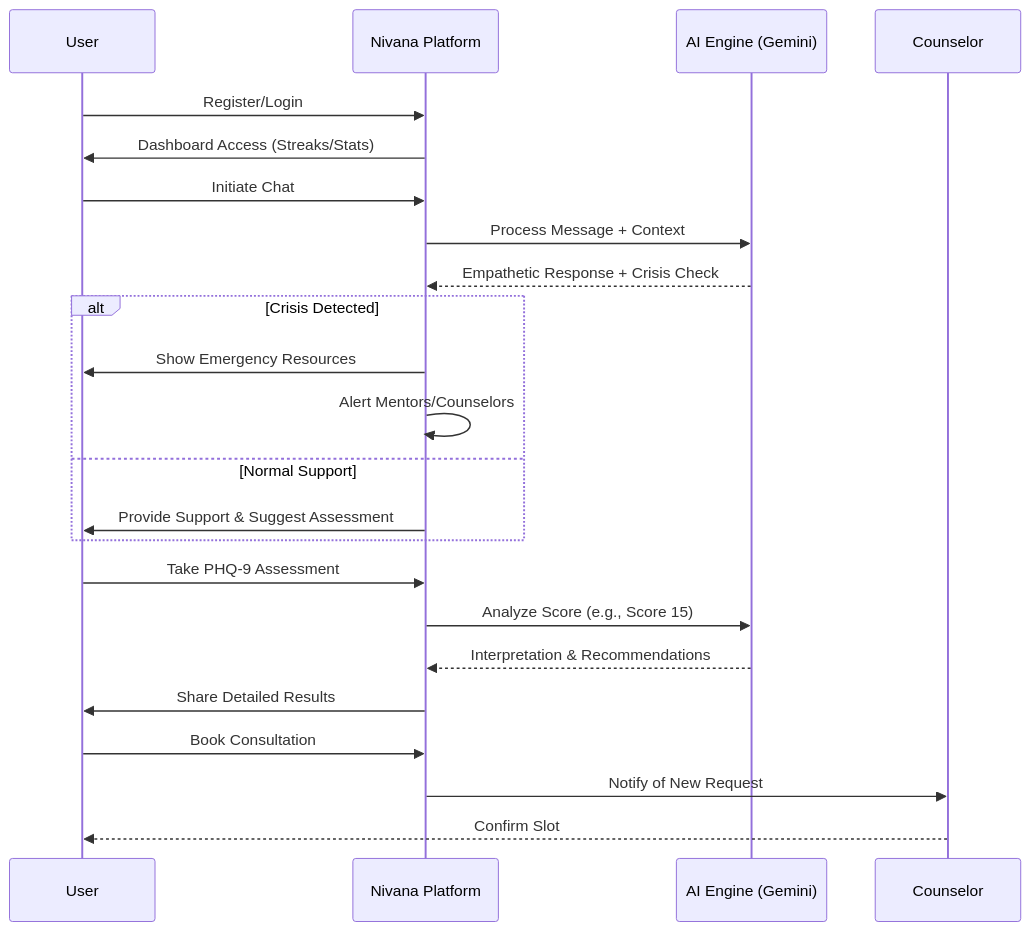
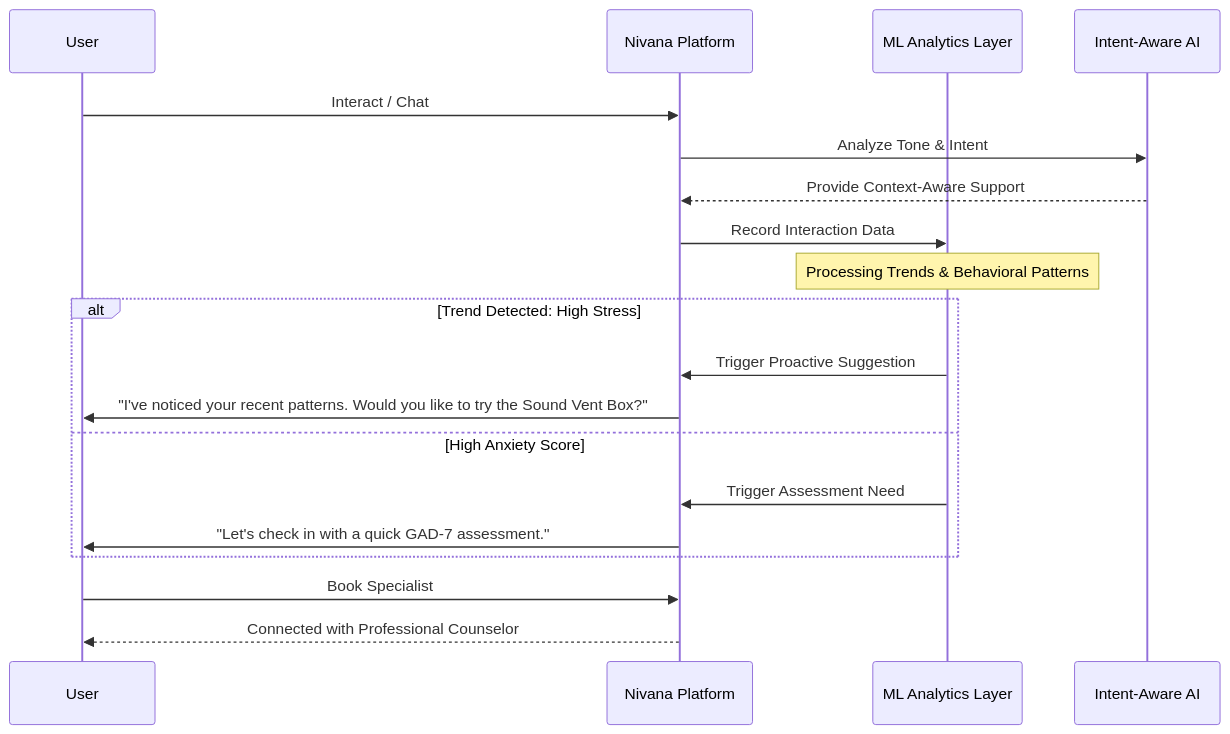
Before and after one commit to SarangRao20/techfiesta_mentalhealth: the second of 2 diagrams in README.md, drawn with Mermaid. The commit also changed other lines of this file and 2 other files, not shown here.

````diff
--- a/README.md
+++ b/README.md
@@ -73,30 +80,25 @@
 ```mermaid
 sequenceDiagram
     participant User
     participant System as Nivana Platform
-    participant AI as AI Engine (Gemini)
-    participant Pro as Counselor
+    participant Analytics as ML Analytics Layer
+    participant AI as Intent-Aware AI
 
-    User->>System: Register/Login
-    System->>User: Dashboard Access (Streaks/Stats)
+    User->>System: Interact / Chat
+    System->>AI: Analyze Tone & Intent
+    AI-->>System: Provide Context-Aware Support
     
-    User->>System: Initiate Chat
-    System->>AI: Process Message + Context
-    AI-->>System: Empathetic Response + Crisis Check
-    
-    alt Crisis Detected
-        System->>User: Show Emergency Resources
-        System->>System: Alert Mentors/Counselors
-    else Normal Support
-        System->>User: Provide Support & Suggest Assessment
+    System->>Analytics: Record Interaction Data
+    Note over Analytics: Processing Trends & Behavioral Patterns
+
+    alt Trend Detected: High Stress
+        Analytics->>System: Trigger Proactive Suggestion
+        System->>User: "I've noticed your recent patterns. Would you like to try the Sound Vent Box?"
+    else High Anxiety Score
+        Analytics->>System: Trigger Assessment Need
+        System->>User: "Let's check in with a quick GAD-7 assessment."
     end
 
-    User->>System: Take PHQ-9 Assessment
-    System->>AI: Analyze Score (e.g., Score 15)
-    AI-->>System: Interpretation & Recommendations
-    System->>User: Share Detailed Results
-    
-    User->>System: Book Consultation
-    System->>Pro: Notify of New Request
-    Pro-->>User: Confirm Slot
+    User->>System: Book Specialist
+    System-->>User: Connected with Professional Counselor
 ```
````
